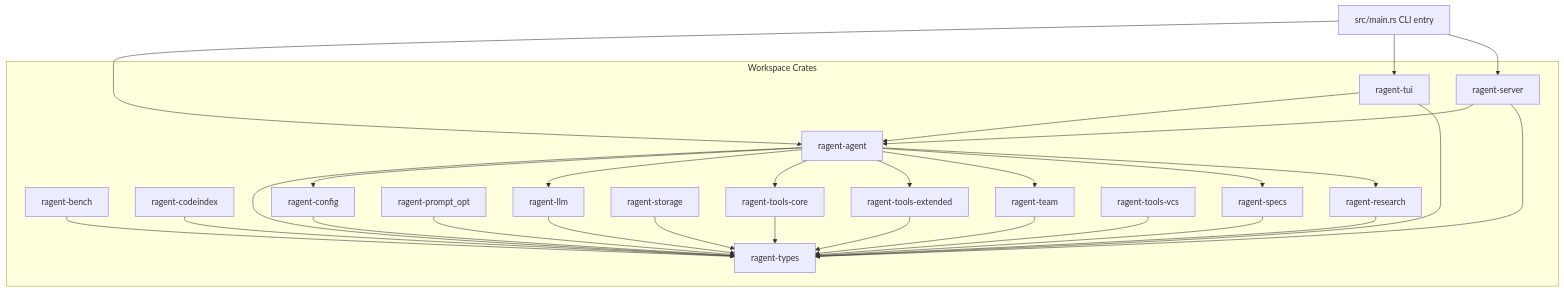
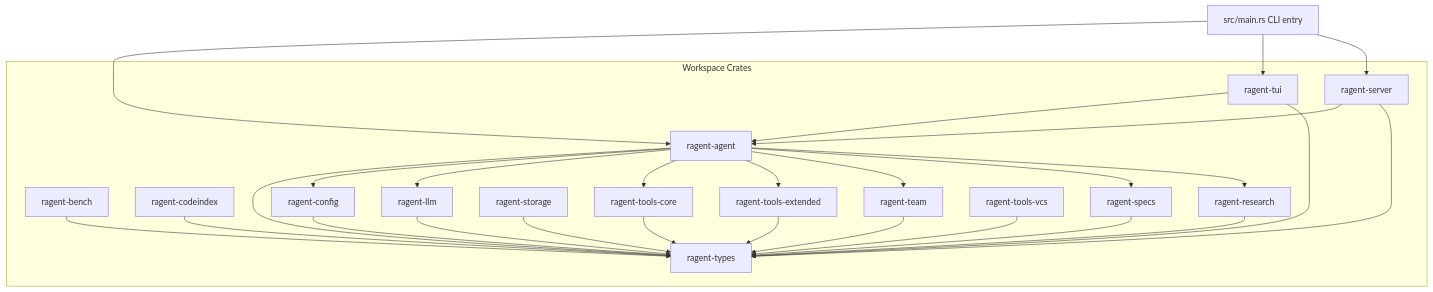
One commit to thawkins/ragent changed the second of 20 diagrams in SPEC.md. Above: the diagram before and after it, drawn with Mermaid. The commit also changed other lines of this file and 279 other files, not shown here.

````diff
--- a/SPEC.md
+++ b/SPEC.md
@@ -306,50 +305,48 @@
 ```mermaid
 graph TB
     subgraph "Workspace Crates"
         A[ragent-agent]
         B[ragent-bench]
         C[ragent-codeindex]
         D[ragent-config]
         E[ragent-llm]
-        F[ragent-prompt_opt]
         G[ragent-server]
         H[ragent-specs]
         I[ragent-storage]
         J[ragent-team]
         K[ragent-tools-core]
         L[ragent-tools-extended]
         M[ragent-tools-vcs]
         N[ragent-tui]
         O[ragent-types]
         P[ragent-research]
     end
 
     Q[src/main.rs CLI entry]
     Q --> A
     Q --> N
     Q --> G
     A --> O
     A --> D
     A --> E
     A --> K
     A --> L
     A --> J
     A --> H
     A --> P
     N --> A
     N --> O
     G --> A
     G --> O
     J --> O
     K --> O
     L --> O
     M --> O
     C --> O
     I --> O
     E --> O
     D --> O
-    F --> O
     B --> O
     H --> O
     P --> O
 ```
````
